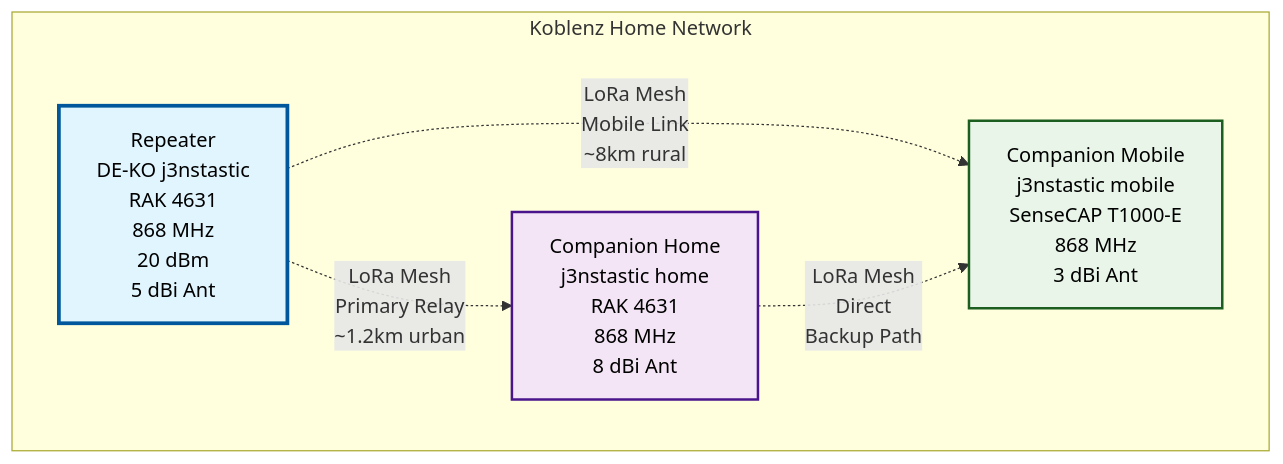
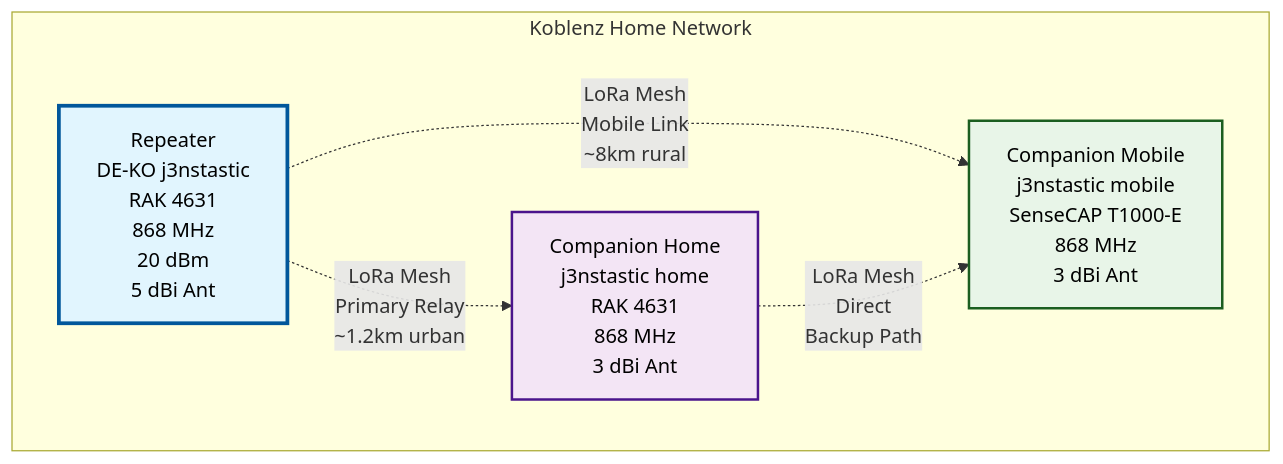
One commit to mightyjens/mightyjens.github.io changed the diagram in content/mesh.md. Above: the diagram before and after it, drawn with Mermaid. The commit also changed other lines of this file and 2 other files, not shown here.

````diff
--- a/content/mesh.md
+++ b/content/mesh.md
@@ -36,22 +36,22 @@
 ```mermaid
 graph TD
     subgraph "Koblenz Home Network"
         RB[Repeater<br/>DE-KO j3nstastic<br/>RAK 4631<br/>868 MHz<br/>20 dBm<br/>5 dBi Ant]
         
-        CH[Companion Home<br/>j3nstastic home<br/>RAK 4631<br/>868 MHz<br/>8 dBi Ant]
+        CH[Companion Home<br/>j3nstastic home<br/>RAK 4631<br/>868 MHz<br/>3 dBi Ant]
         
         CM[Companion Mobile<br/>j3nstastic mobile<br/>SenseCAP T1000-E<br/>868 MHz<br/>3 dBi Ant]
     end
     
     RB -.->|LoRa Mesh<br/>Primary Relay<br/>~1.2km urban| CH
     RB -.->|LoRa Mesh<br/>Mobile Link<br/>~8km rural| CM
     CH -.->|LoRa Mesh<br/>Direct<br/>Backup Path| CM
     
     classDef repeater fill:#e1f5fe,stroke:#01579b,stroke-width:3px,color:#000
     classDef companion fill:#f3e5f5,stroke:#4a148c,stroke-width:2px,color:#000
     classDef mobile fill:#e8f5e8,stroke:#1b5e20,stroke-width:2px,color:#000
     
     class RB repeater
     class CH companion
     class CM mobile
 ```
````
